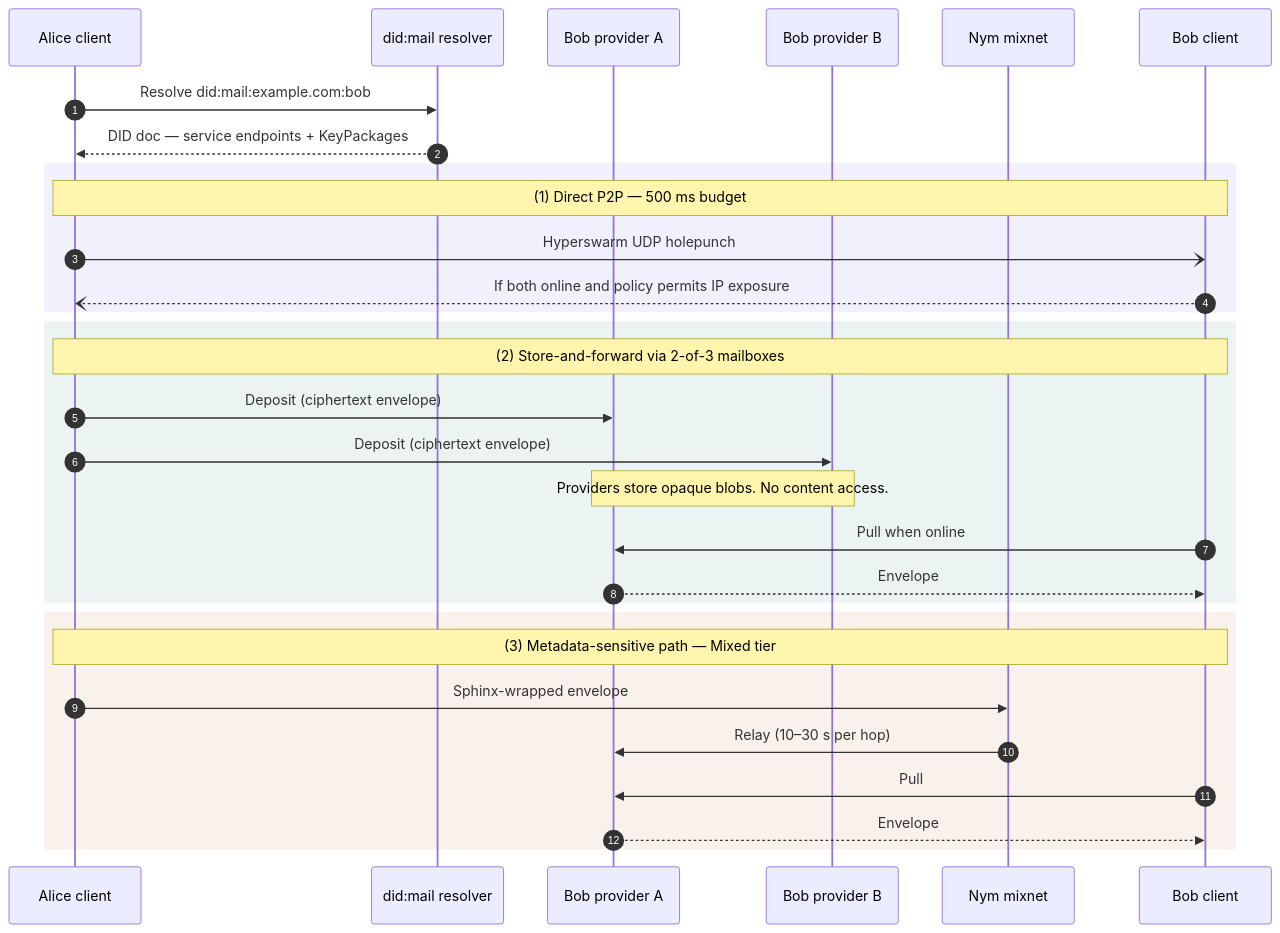
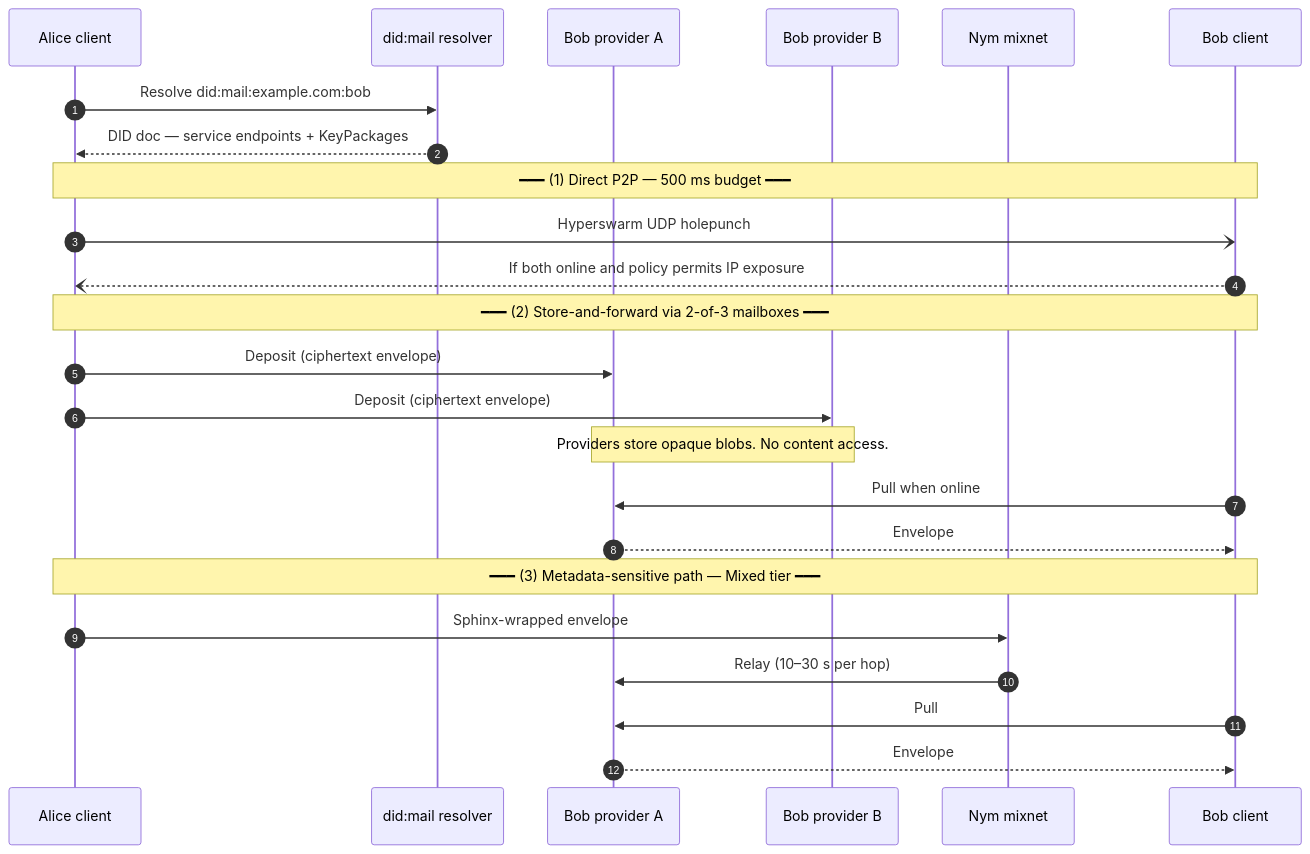
Before and after one commit to tamimbinhakim/marque: the second of 5 diagrams in docs/architecture-overview.md, drawn with Mermaid. The commit also changed other lines of this file and 6 other files, not shown here.

````diff
--- a/docs/architecture-overview.md
+++ b/docs/architecture-overview.md
@@ -57,36 +51,30 @@
 ```mermaid
 sequenceDiagram
     autonumber
     participant A as Alice client
     participant R as did:mail resolver
     participant PB1 as Bob provider A
     participant PB2 as Bob provider B
     participant NYM as Nym mixnet
     participant B as Bob client
 
     A->>R: Resolve did:mail:example.com:bob
     R-->>A: DID doc — service endpoints + KeyPackages
 
-    rect rgba(79, 70, 229, 0.08)
-    note over A,B: (1) Direct P2P — 500 ms budget
+    Note over A,B: ━━━ (1) Direct P2P — 500 ms budget ━━━
     A-)B: Hyperswarm UDP holepunch
     B--)A: If both online and policy permits IP exposure
-    end
 
-    rect rgba(4, 120, 87, 0.08)
-    note over A,B: (2) Store-and-forward via 2-of-3 mailboxes
+    Note over A,B: ━━━ (2) Store-and-forward via 2-of-3 mailboxes ━━━
     A->>PB1: Deposit (ciphertext envelope)
     A->>PB2: Deposit (ciphertext envelope)
     Note over PB1,PB2: Providers store opaque blobs. No content access.
     B->>PB1: Pull when online
     PB1-->>B: Envelope
-    end
 
-    rect rgba(180, 83, 9, 0.08)
-    note over A,B: (3) Metadata-sensitive path — Mixed tier
+    Note over A,B: ━━━ (3) Metadata-sensitive path — Mixed tier ━━━
     A->>NYM: Sphinx-wrapped envelope
     NYM->>PB1: Relay (10–30 s per hop)
     B->>PB1: Pull
     PB1-->>B: Envelope
-    end
 ```
````
